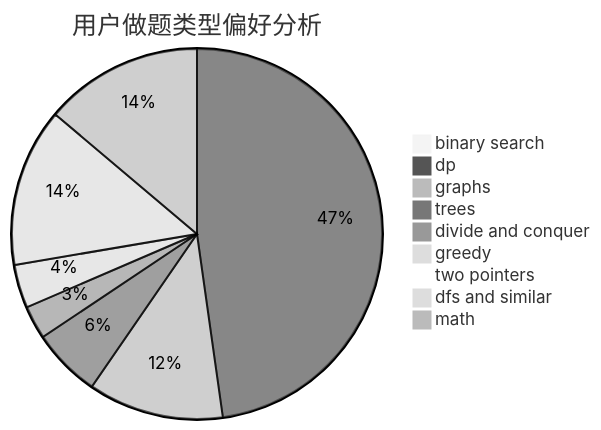
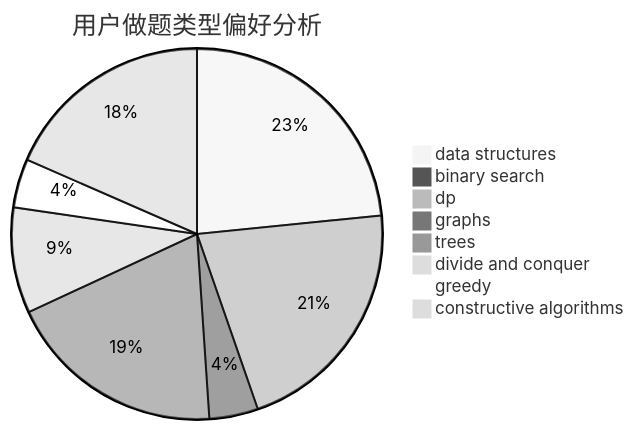
The second of 3 diagrams in docs/user/u2036.md (sherpahu/cfrs.github.io), drawn with Mermaid (neutral theme) before and after one commit. The commit also changed other lines of this file and 2775 other files, not shown here.

````diff
--- a/docs/user/u2036.md
+++ b/docs/user/u2036.md
@@ -23,12 +23,11 @@
 ```mermaid
 pie title 用户做题类型偏好分析
-    "binary search" :  4
-    "dp" :  214
-    "graphs" :  53
+    "data structures" :  33
+    "binary search" :  0
+    "dp" :  30
+    "graphs" :  6
     "trees" :  27
     "divide and conquer" :  13
-    "greedy" :  17
-    "two pointers" :  0
-    "dfs and similar" :  62
-    "math" :  62
+    "greedy" :  6
+    "constructive algorithms" :  26
 ```
````
